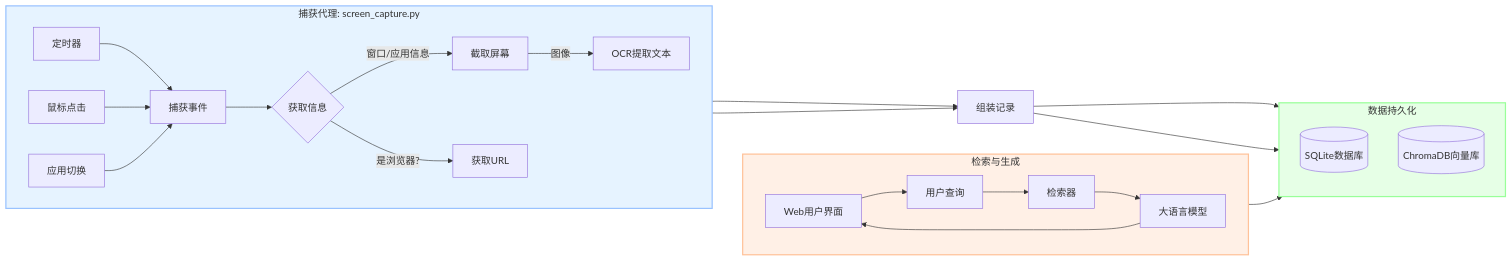
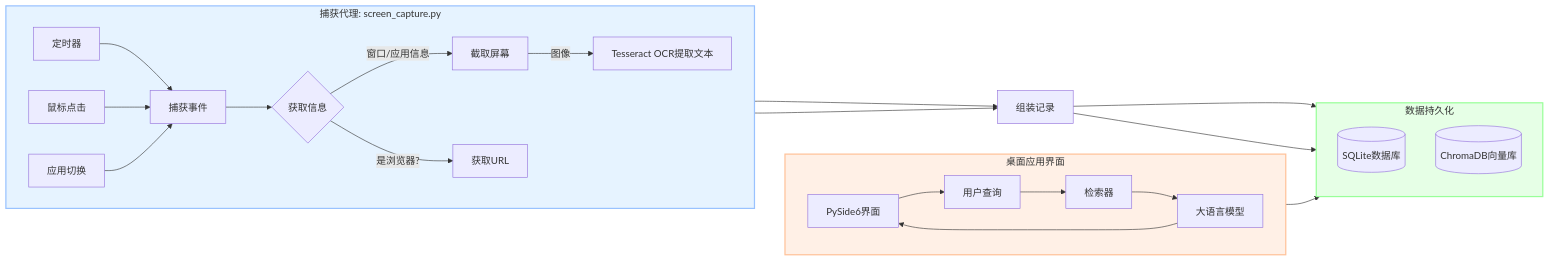
One commit to li-longjie/ai-desktop-activity-assistant changed the diagram in readme.md. Above: the diagram before and after it, drawn with Mermaid. The commit also changed other lines of this file and 17 other files, not shown here.

````diff
--- a/readme.md
+++ b/readme.md
@@ -40,37 +52,37 @@
 ```mermaid
 graph LR
     subgraph A [捕获代理: screen_capture.py]
         direction LR
         T[定时器] --> C
         M[鼠标点击] --> C
         S[应用切换] --> C
         C[捕获事件] --> D{获取信息}
         D -->|窗口/应用信息| E[截取屏幕]
-        E --> |图像| F[OCR提取文本]
+        E --> |图像| F[Tesseract OCR提取文本]
         D --> |是浏览器?| G[获取URL]
     end
 
     subgraph B [数据持久化]
         direction TB
         DB[(SQLite数据库)]
         VDB[(ChromaDB向量库)]
     end
     
-    subgraph X [检索与生成]
+    subgraph X [桌面应用界面]
         direction LR
-        UI[Web用户界面] --> Q[用户查询]
+        UI[PySide6界面] --> Q[用户查询]
         Q --> R[检索器]
         R --> VDB
         R --> LLM[大语言模型]
         LLM --> UI
     end
 
     F --> I[组装记录]
     G --> I
     I --> DB
     I --> VDB
     
     style A fill:#e6f3ff,stroke:#99c2ff,stroke-width:2px
     style B fill:#e6ffe6,stroke:#99ff99,stroke-width:2px
     style X fill:#fff0e6,stroke:#ffc299,stroke-width:2px
 ```
````
